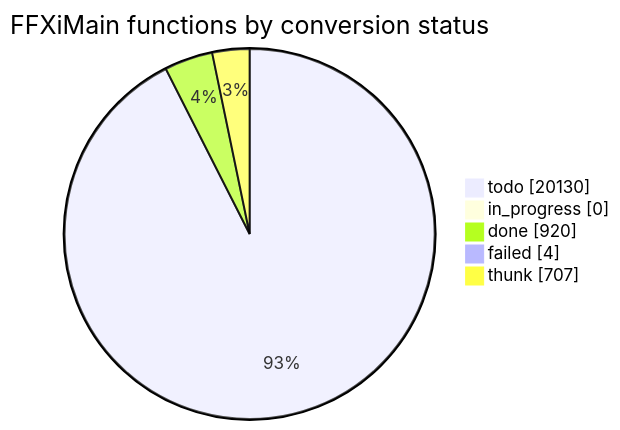
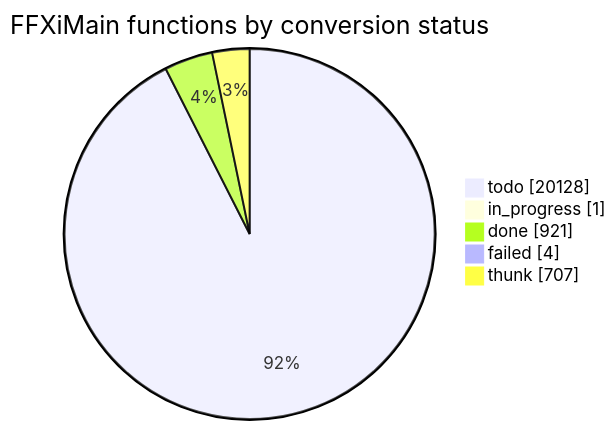
Before and after one commit to cowrevenge/cow_kuluu_xi_anything: the diagram in docs/cow/STATUS.md, drawn with Mermaid. The commit also changed other lines of this file and 9 other files, not shown here.

````diff
--- a/docs/cow/STATUS.md
+++ b/docs/cow/STATUS.md
@@ -18,9 +18,9 @@
 ```mermaid
 pie showData
     title FFXiMain functions by conversion status
-    "todo" : 20130
-    "in_progress" : 0
-    "done" : 920
+    "todo" : 20128
+    "in_progress" : 1
+    "done" : 921
     "failed" : 4
     "thunk" : 707
 ```
````
